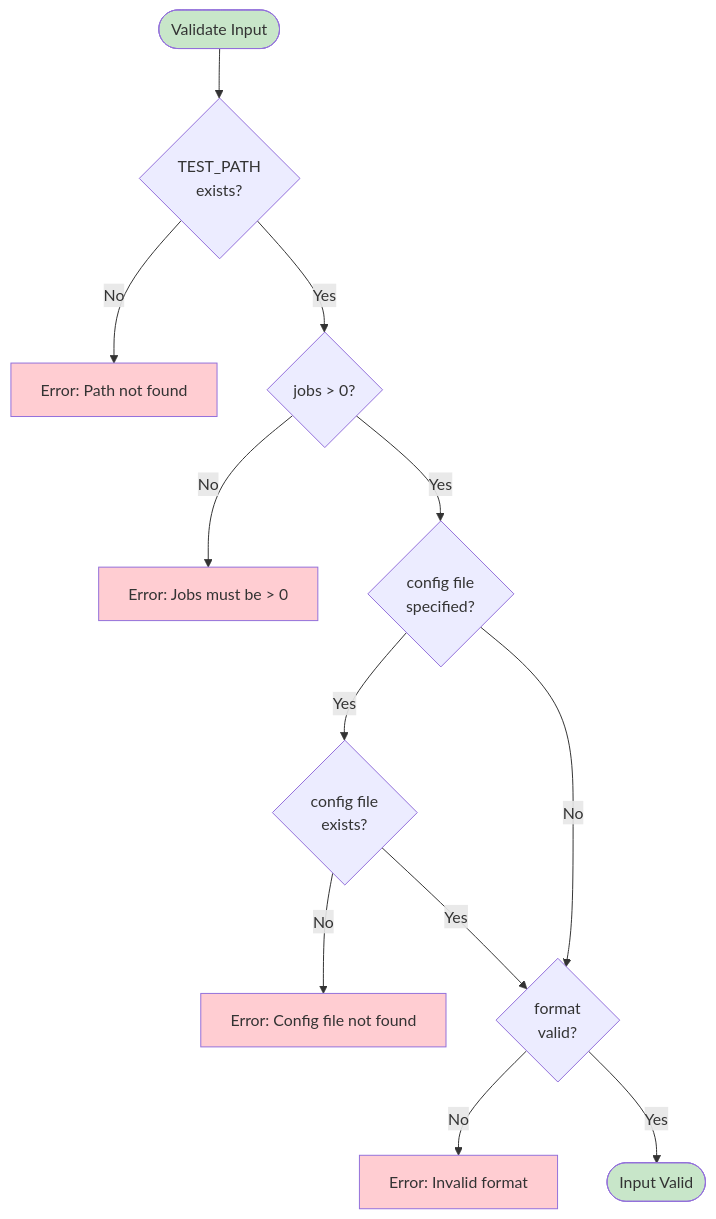
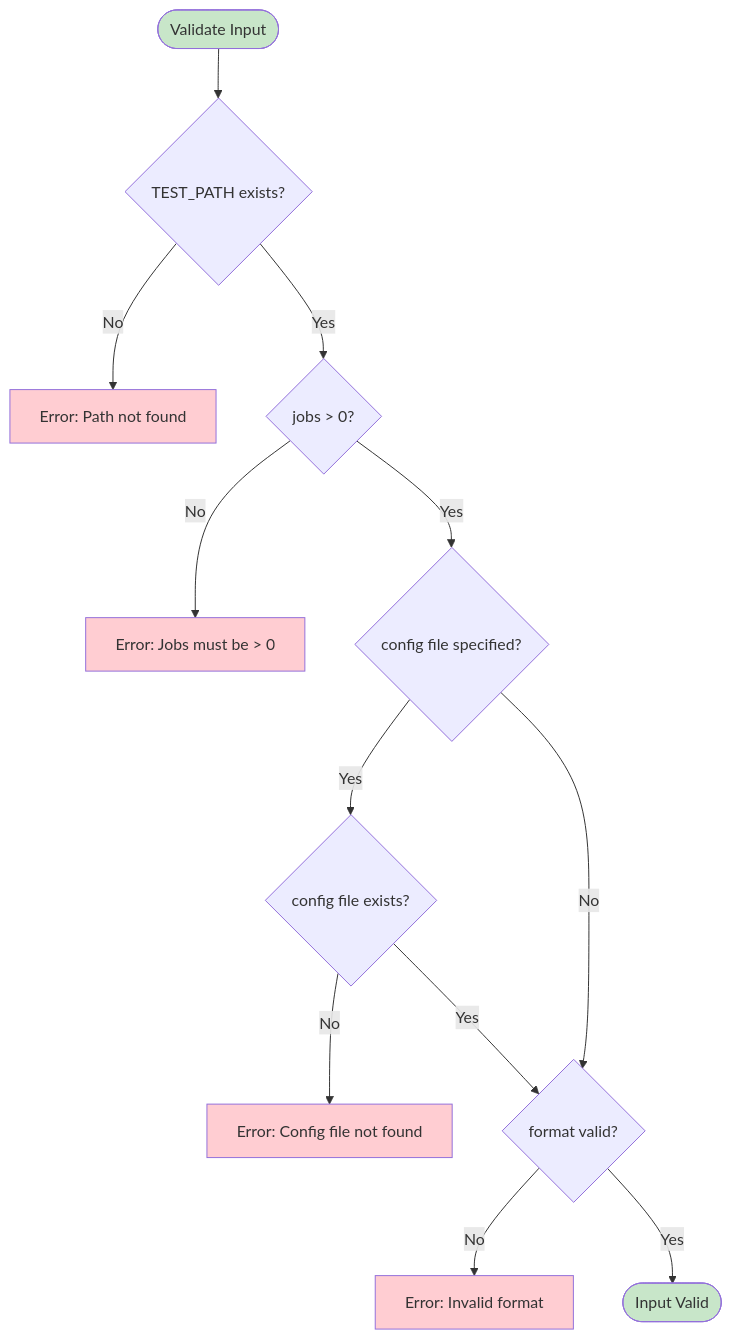
One commit to softwarewrighter/ui-test-rs changed the sixth of 6 diagrams in wiki/CLI-Interface.md. Above: the diagram before and after it, drawn with Mermaid. The commit also changed other lines of this file and 10 other files, not shown here.

First line of the commit message:
Fix wiki Mermaid diagrams: remove <br/> tags

````diff
--- a/wiki/CLI-Interface.md
+++ b/wiki/CLI-Interface.md
@@ -345,33 +345,33 @@
 ```mermaid
 flowchart TB
     Start([Validate Input])
-    CheckPath{TEST_PATH<br/>exists?}
+    CheckPath{TEST_PATH exists?}
     PathError[Error: Path not found]
     CheckJobs{jobs > 0?}
     JobsError[Error: Jobs must be > 0]
-    CheckConfig{config file<br/>specified?}
-    ConfigExists{config file<br/>exists?}
+    CheckConfig{config file specified?}
+    ConfigExists{config file exists?}
     ConfigError[Error: Config file not found]
-    CheckFormat{format<br/>valid?}
+    CheckFormat{format valid?}
     FormatError[Error: Invalid format]
     Valid([Input Valid])
 
     Start --> CheckPath
     CheckPath -->|No| PathError
     CheckPath -->|Yes| CheckJobs
     CheckJobs -->|No| JobsError
     CheckJobs -->|Yes| CheckConfig
     CheckConfig -->|Yes| ConfigExists
     CheckConfig -->|No| CheckFormat
     ConfigExists -->|No| ConfigError
     ConfigExists -->|Yes| CheckFormat
     CheckFormat -->|No| FormatError
     CheckFormat -->|Yes| Valid
 
     style Start fill:#c8e6c9
     style Valid fill:#c8e6c9
     style PathError fill:#ffcdd2
     style JobsError fill:#ffcdd2
     style ConfigError fill:#ffcdd2
     style FormatError fill:#ffcdd2
 ```
````
